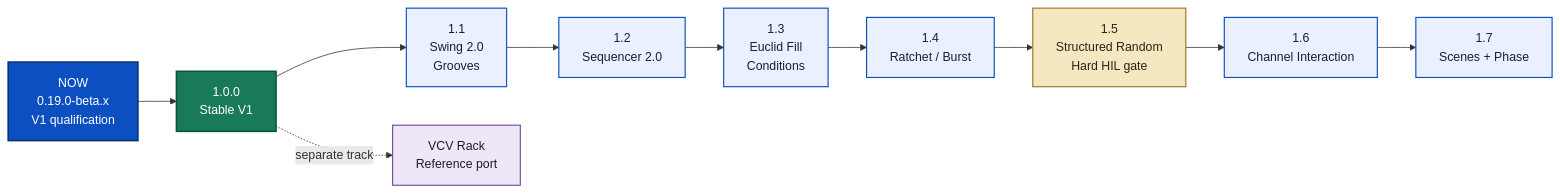
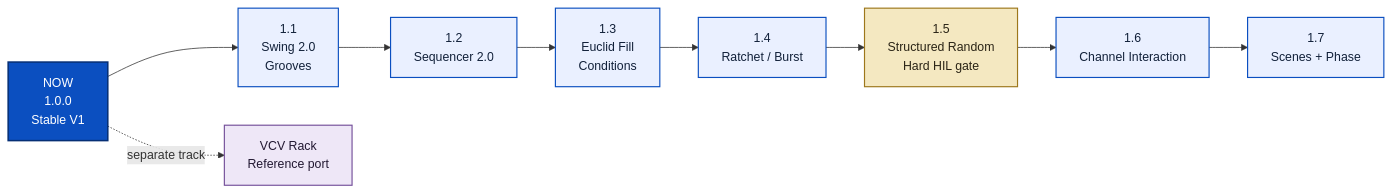
The diagram in README.md (napolitano/eurorack-clock-firmware), drawn with Mermaid before and after one commit. The commit also changed other lines of this file and 28 other files, not shown here.

````diff
--- a/README.md
+++ b/README.md
@@ -51,18 +51,16 @@
 ```mermaid
 flowchart LR
-    B["NOW<br/>0.19.0-beta.x<br/>V1 qualification"] --> V1["1.0.0<br/>Stable V1"]
-    V1 --> G["1.1<br/>Swing 2.0<br/>Grooves"] --> S["1.2<br/>Sequencer 2.0"] --> E["1.3<br/>Euclid Fill<br/>Conditions"] --> R["1.4<br/>Ratchet / Burst"] --> N["1.5<br/>Structured Random<br/>Hard HIL gate"] --> I["1.6<br/>Channel Interaction"] --> P["1.7<br/>Scenes + Phase"]
+    V1["NOW<br/>1.0.0<br/>Stable V1"] --> G["1.1<br/>Swing 2.0<br/>Grooves"] --> S["1.2<br/>Sequencer 2.0"] --> E["1.3<br/>Euclid Fill<br/>Conditions"] --> R["1.4<br/>Ratchet / Burst"] --> N["1.5<br/>Structured Random<br/>Hard HIL gate"] --> I["1.6<br/>Channel Interaction"] --> P["1.7<br/>Scenes + Phase"]
     V1 -. separate track .-> VCV["VCV Rack<br/>Reference port"]
 
     classDef current fill:#0B4FC0,color:#ffffff,stroke:#062F75,stroke-width:2px;
     classDef stable fill:#197A5A,color:#ffffff,stroke:#0B513A,stroke-width:2px;
     classDef planned fill:#EAF0FF,color:#12213A,stroke:#0B4FC0,stroke-width:1.5px;
     classDef gate fill:#F4E8C1,color:#2A2416,stroke:#9D771B,stroke-width:1.5px;
     classDef virtual fill:#EEE7F7,color:#221832,stroke:#74509A,stroke-width:1.5px;
 
-    class B current;
-    class V1 stable;
+    class V1 current;
     class G,S,E,R,I,P planned;
     class N gate;
     class VCV virtual;
 ```
````
